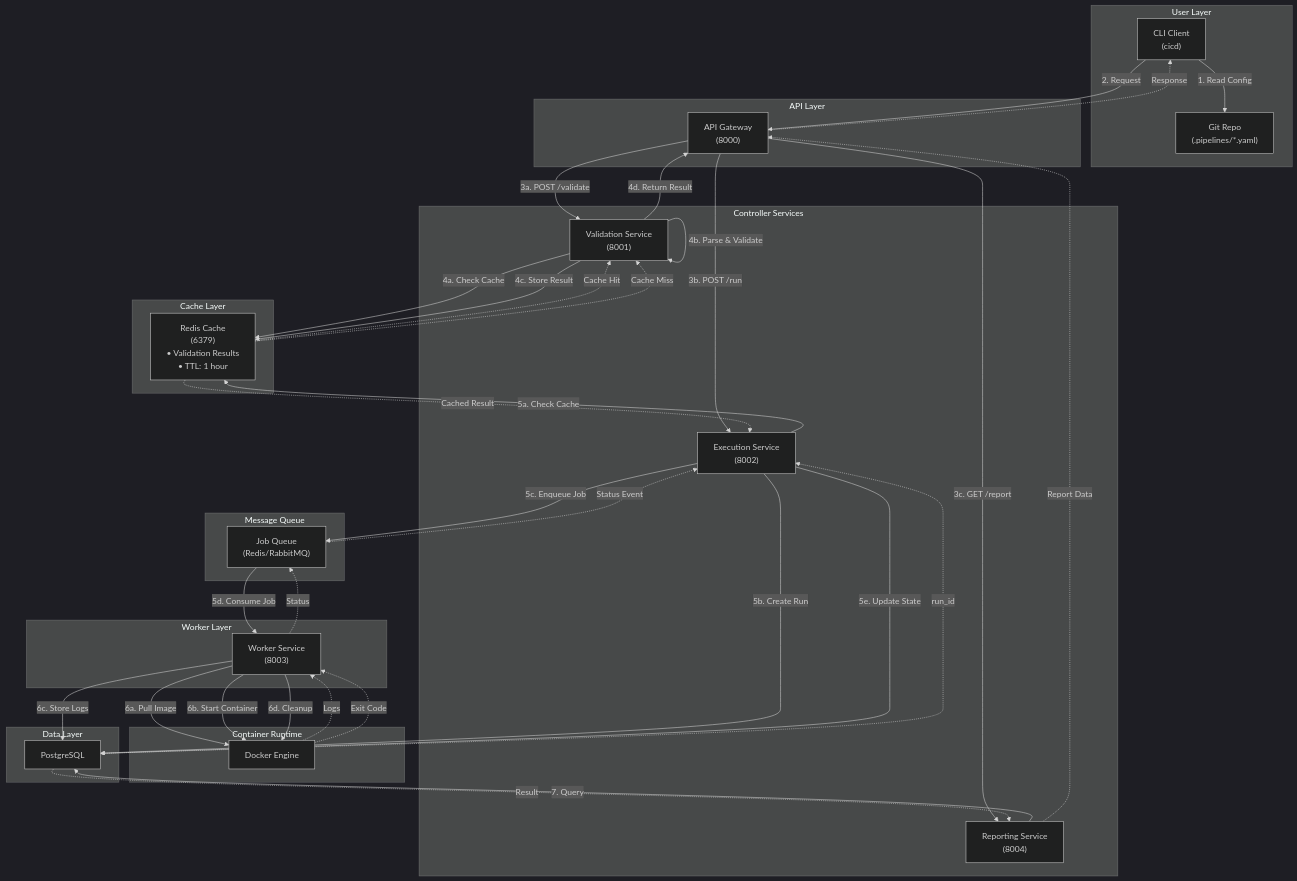
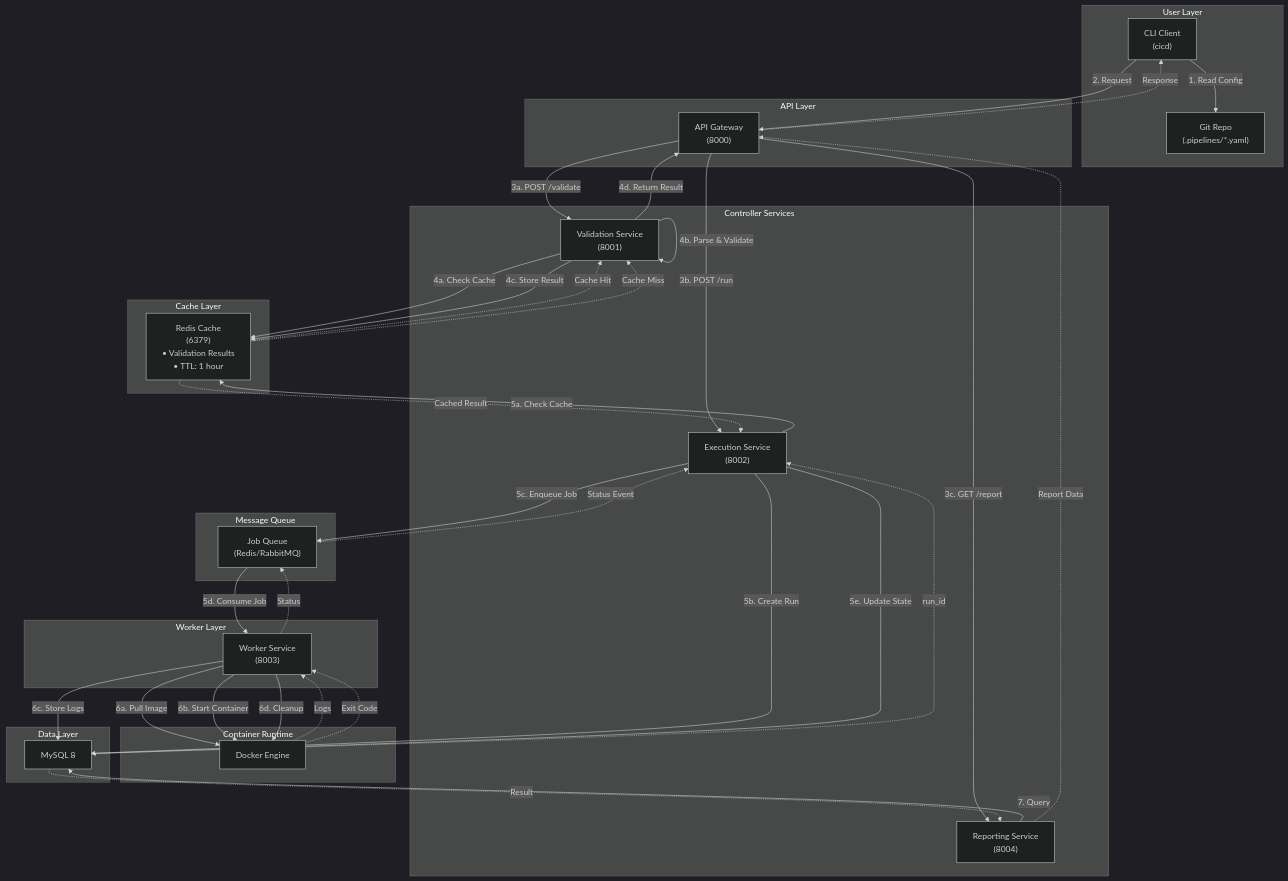
Before and after one commit to xueyulinn/cicd-system: the first of 2 diagrams in dev-docs/design/design-alternatives.md, drawn with Mermaid (dark theme). The commit also changed other lines of this file and 39 other files, not shown here.

Commit message:
replace postgreSQL with MySQL in sdk, docker image and db-migrate script

```diff
--- a/dev-docs/design/design-alternatives.md
+++ b/dev-docs/design/design-alternatives.md
@@ -77,7 +77,7 @@
 %% Data Layer
 %% =====================
     subgraph DataLayer["Data Layer"]
-        DB["PostgreSQL"]
+        DB["MySQL 8"]
     end
 
 
```
